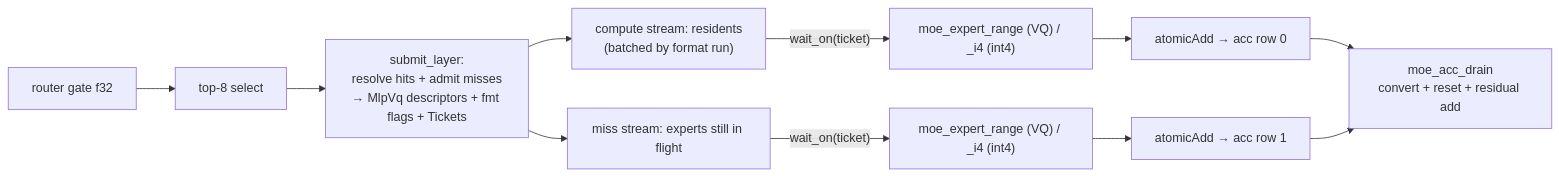
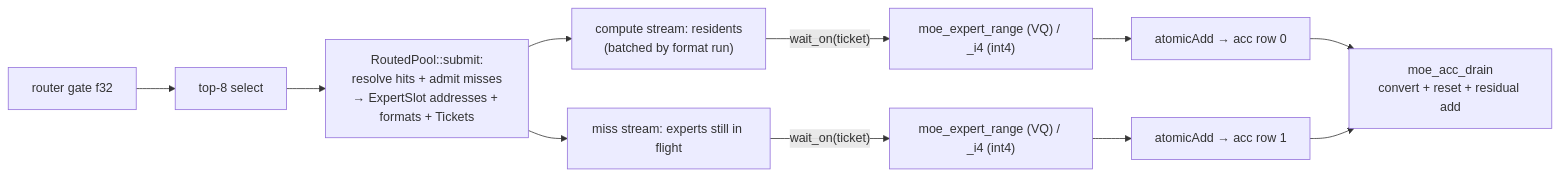
The third of 3 diagrams in docs/reference/architecture.md (Constructive-Programming/rivoli), drawn with Mermaid before and after one commit. The commit also changed other lines of this file and 17 other files, not shown here.

````diff
--- a/docs/reference/architecture.md
+++ b/docs/reference/architecture.md
@@ -293,13 +293,13 @@
 ```mermaid
 flowchart LR
   G[router gate f32] --> S[top-8 select]
-  S --> SL["submit_layer:\nresolve hits + admit misses\n→ MlpVq descriptors + fmt flags + Tickets"]
+  S --> SL["RoutedPool::submit:\nresolve hits + admit misses\n→ ExpertSlot addresses + formats + Tickets"]
   SL --> CS["compute stream: residents\n(batched by format run)"]
   SL --> MS["miss stream: experts still in flight"]
   CS -->|"wait_on(ticket)"| K1["moe_expert_range (VQ) / _i4 (int4)"]
   MS -->|"wait_on(ticket)"| K2["moe_expert_range (VQ) / _i4 (int4)"]
   K1 --> A0["atomicAdd → acc row 0"]
   K2 --> A1["atomicAdd → acc row 1"]
   A0 --> DR["moe_acc_drain\nconvert + reset + residual add"]
   A1 --> DR
 ```
````
